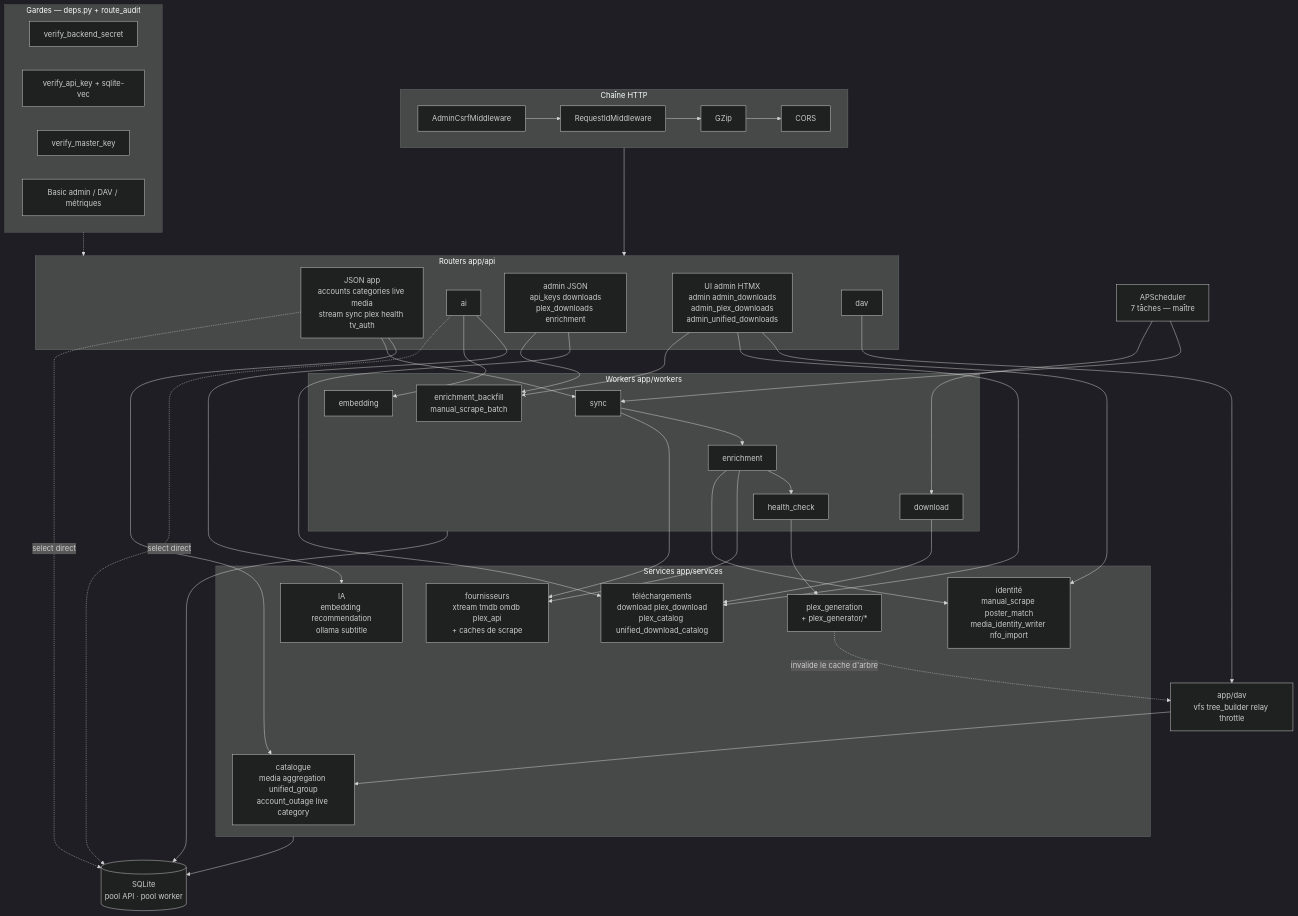
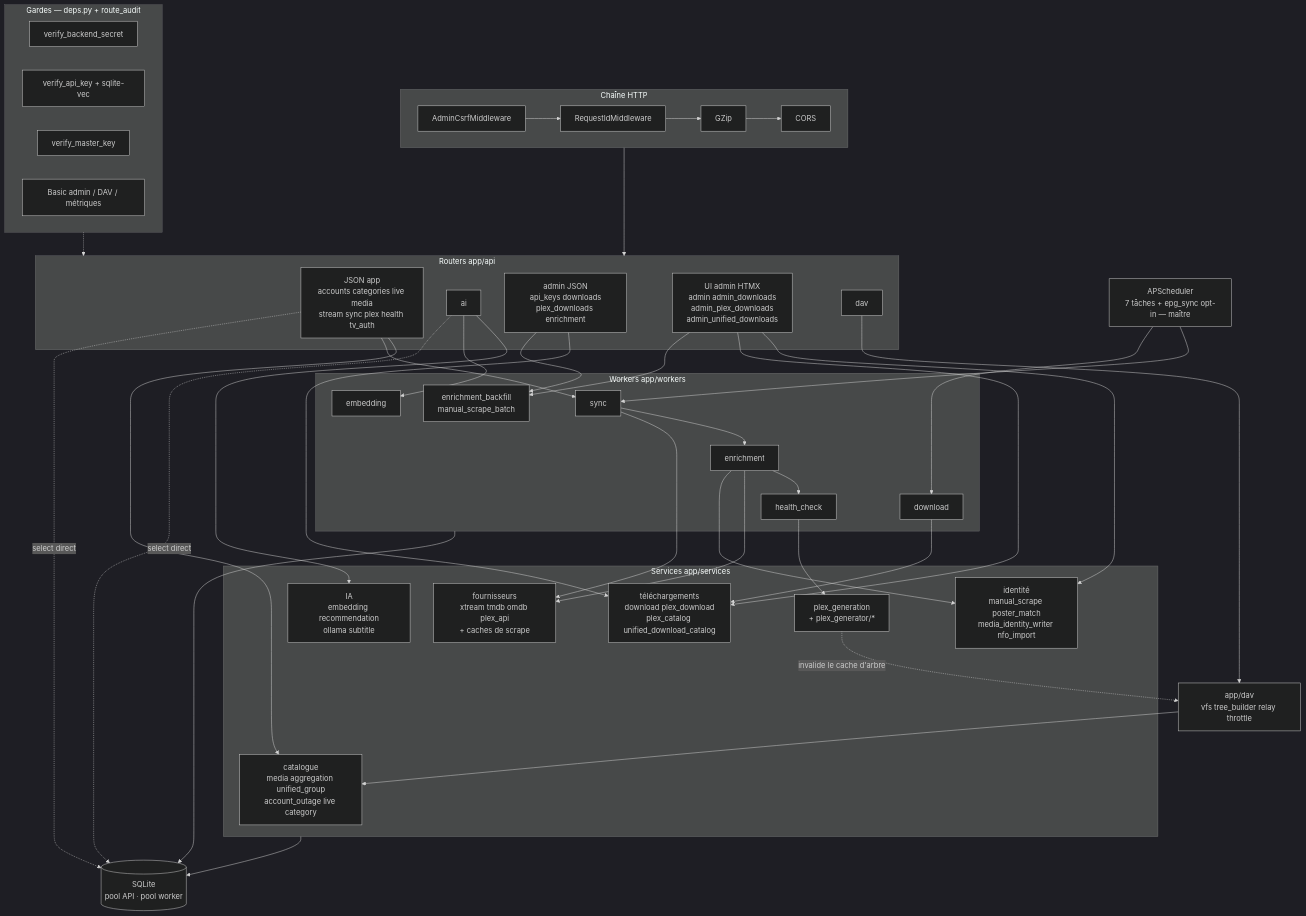
The third of 3 diagrams in docs/retro-spec/technique/00-c4.md (ChakirHamzaChahid/Plexhub-Backend), drawn with Mermaid (dark theme) before and after one commit. The commit also changed other lines of this file and 8 other files, not shown here.

````diff
--- a/docs/retro-spec/technique/00-c4.md
+++ b/docs/retro-spec/technique/00-c4.md
@@ -146,63 +146,63 @@
 ```mermaid
 flowchart TB
     subgraph MW[Chaîne HTTP]
         CSRF[AdminCsrfMiddleware] --> RID[RequestIdMiddleware] --> GZ[GZip] --> CORS[CORS]
     end
     subgraph GARDES[Gardes — deps.py + route_audit]
         G1[verify_backend_secret]
         G2[verify_api_key + sqlite-vec]
         G3[verify_master_key]
         G4[Basic admin / DAV / métriques]
     end
     subgraph R[Routers app/api]
         RJ[JSON app<br/>accounts categories live media<br/>stream sync plex health tv_auth]
         RAI[ai]
         RAJ[admin JSON<br/>api_keys downloads<br/>plex_downloads enrichment]
         RUI[UI admin HTMX<br/>admin admin_downloads<br/>admin_plex_downloads<br/>admin_unified_downloads]
         RDAV[dav]
     end
     subgraph S[Services app/services]
         SCAT[catalogue<br/>media aggregation unified_group<br/>account_outage live category]
         SXT[fournisseurs<br/>xtream tmdb omdb plex_api<br/>+ caches de scrape]
         SIA[IA<br/>embedding recommendation<br/>ollama subtitle]
         SDL[téléchargements<br/>download plex_download<br/>plex_catalog unified_download_catalog]
         SID[identité<br/>manual_scrape poster_match<br/>media_identity_writer nfo_import]
         SGEN[plex_generation<br/>+ plex_generator/*]
     end
     subgraph W[Workers app/workers]
         WS[sync]
         WE[enrichment]
         WH[health_check]
         WD[download]
         WEM[embedding]
         WB[enrichment_backfill<br/>manual_scrape_batch]
     end
-    SCHED[APScheduler<br/>7 tâches — maître]
+    SCHED[APScheduler<br/>7 tâches + epg_sync opt-in — maître]
     DAVP[app/dav<br/>vfs tree_builder relay throttle]
     DB[(SQLite<br/>pool API · pool worker)]
 
     MW --> R
     GARDES -.-> R
     RJ --> SCAT
     RJ --> WS
     RAI --> SIA
     RAI --> WEM
     RAJ --> SDL
     RAJ --> WB
     RUI --> SID
     RUI --> SDL
     RUI --> WB
     RDAV --> DAVP
     SCHED --> WS --> WE --> WH --> SGEN
     SCHED --> WD
     WS --> SXT
     WE --> SXT
     WE --> SID
     WD --> SDL
     SGEN -.->|invalide le cache d'arbre| DAVP
     DAVP --> SCAT
     S --> DB
     W --> DB
     RJ -.->|select direct| DB
     RAI -.->|select direct| DB
 ```
````
